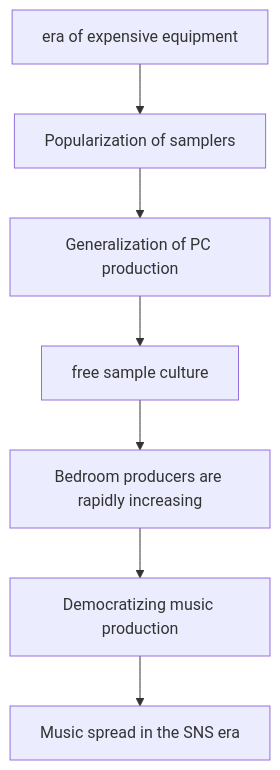
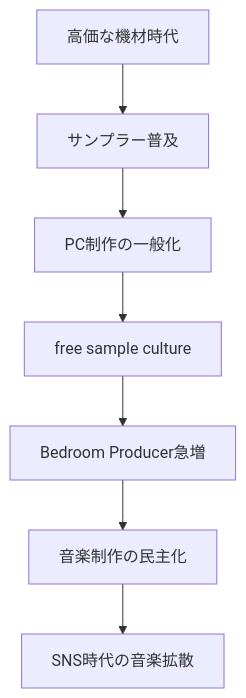
One commit to monumental-movement/monumental-movement.github.io changed the first of 8 diagrams in en/_posts/2026-05-24-column-free-sample-music.md. Above: the diagram before and after it, drawn with Mermaid. The commit also changed other lines of this file and 2196 other files, not shown here.

```diff
--- a/en/_posts/2026-05-24-column-free-sample-music.md
+++ b/en/_posts/2026-05-24-column-free-sample-music.md
@@ -76,9 +75,9 @@
 <div class="mermaid">
 graph TD
-A[era of expensive equipment] --> B[Popularization of samplers]
-B --> C[Generalization of PC production]
+A[高価な機材時代] --> B[サンプラー普及]
+B --> C[PC制作の一般化]
 C --> D[free sample culture]
-D --> E[Bedroom producers are rapidly increasing]
-E --> F[Democratizing music production]
-F --> G[Music spread in the SNS era]
+D --> E[Bedroom Producer急増]
+E --> F[音楽制作の民主化]
+F --> G[SNS時代の音楽拡散]
 </div>
```
